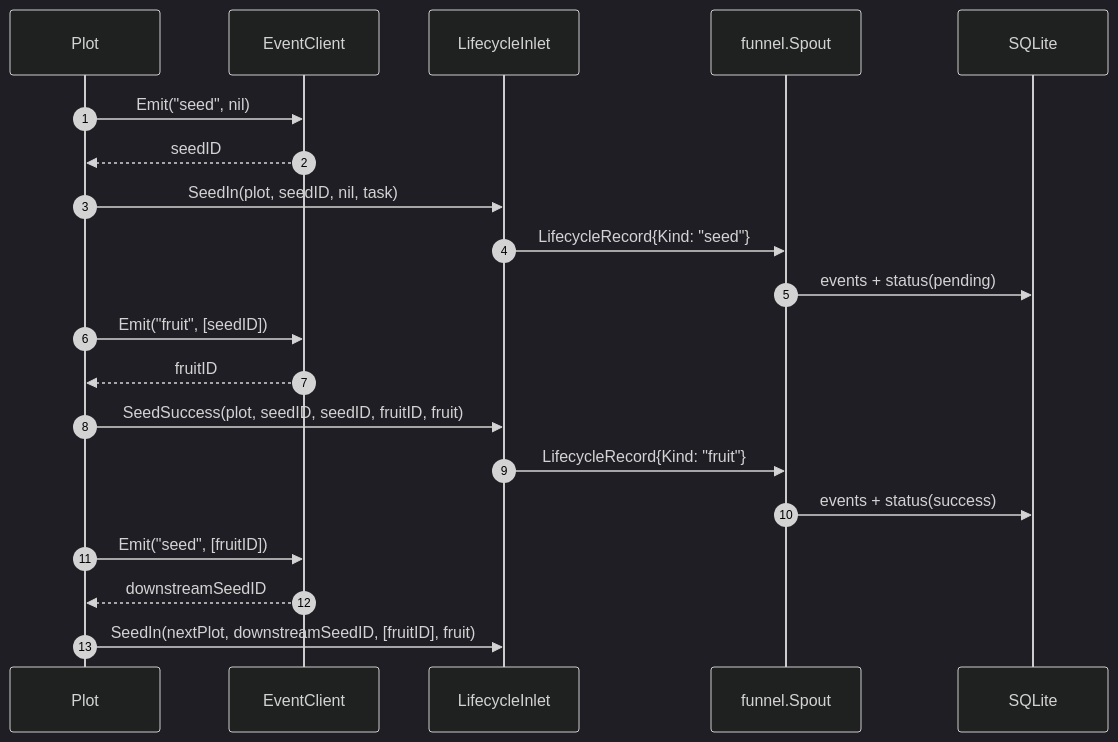
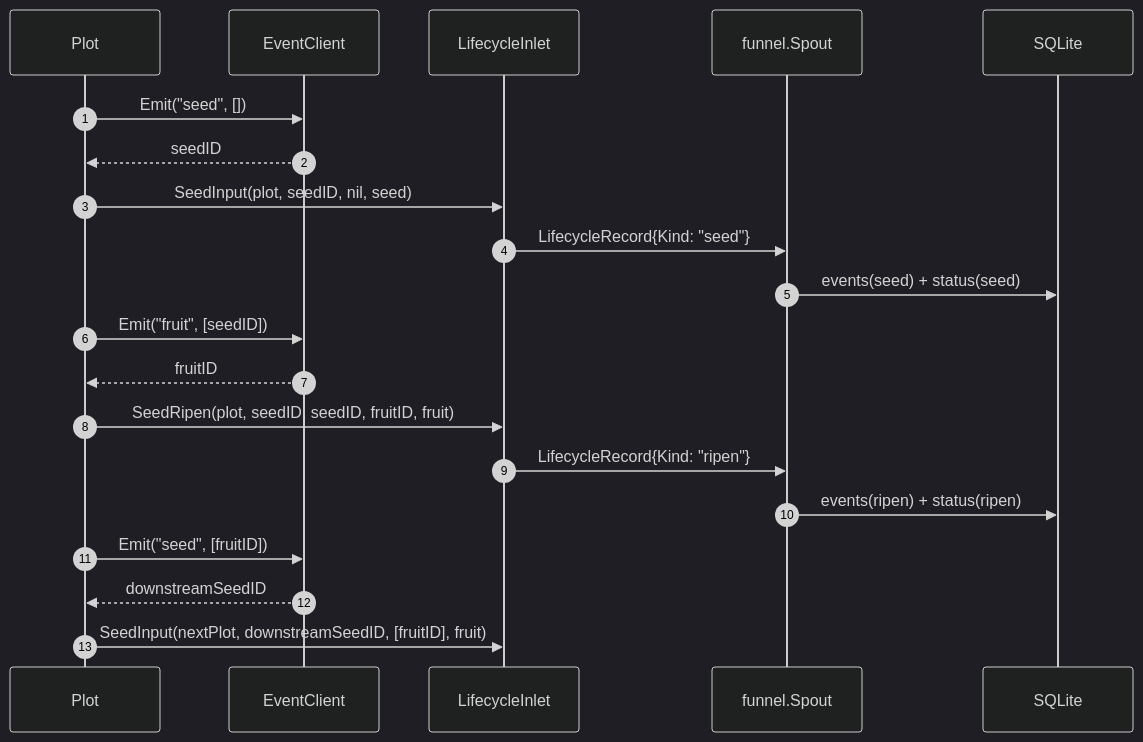
One commit to Mr-xiaotian/CelestialGrow changed the diagram in docs/zh-CN/pkg/runtime/event.md. Above: the diagram before and after it, drawn with Mermaid (dark theme). The commit also changed other lines of this file and 34 other files, not shown here.

````diff
--- a/docs/zh-CN/pkg/runtime/event.md
+++ b/docs/zh-CN/pkg/runtime/event.md
@@ -141,25 +117,25 @@
 ```mermaid
 sequenceDiagram
     autonumber
     participant Plot as Plot
     participant EC as EventClient
     participant LI as LifecycleInlet
     participant Spout as funnel.Spout
     participant DB as SQLite
 
-    Plot->>EC: Emit("seed", nil)
+    Plot->>EC: Emit("seed", [])
     EC-->>Plot: seedID
-    Plot->>LI: SeedIn(plot, seedID, nil, task)
+    Plot->>LI: SeedInput(plot, seedID, nil, seed)
     LI->>Spout: LifecycleRecord{Kind: "seed"}
-    Spout->>DB: events + status(pending)
+    Spout->>DB: events(seed) + status(seed)
 
     Plot->>EC: Emit("fruit", [seedID])
     EC-->>Plot: fruitID
-    Plot->>LI: SeedSuccess(plot, seedID, seedID, fruitID, fruit)
-    LI->>Spout: LifecycleRecord{Kind: "fruit"}
-    Spout->>DB: events + status(success)
+    Plot->>LI: SeedRipen(plot, seedID, seedID, fruitID, fruit)
+    LI->>Spout: LifecycleRecord{Kind: "ripen"}
+    Spout->>DB: events(ripen) + status(ripen)
 
     Plot->>EC: Emit("seed", [fruitID])
     EC-->>Plot: downstreamSeedID
-    Plot->>LI: SeedIn(nextPlot, downstreamSeedID, [fruitID], fruit)
+    Plot->>LI: SeedInput(nextPlot, downstreamSeedID, [fruitID], fruit)
 ```
````
